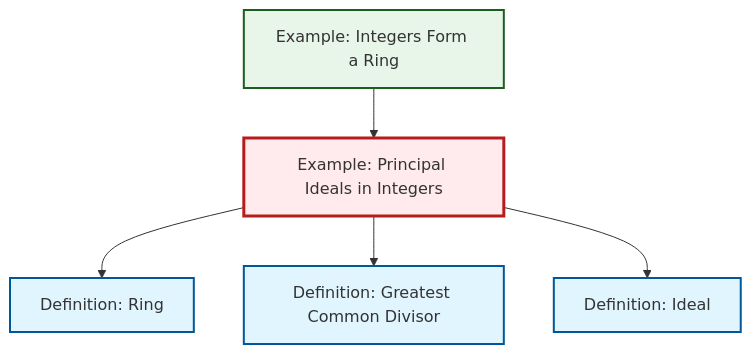
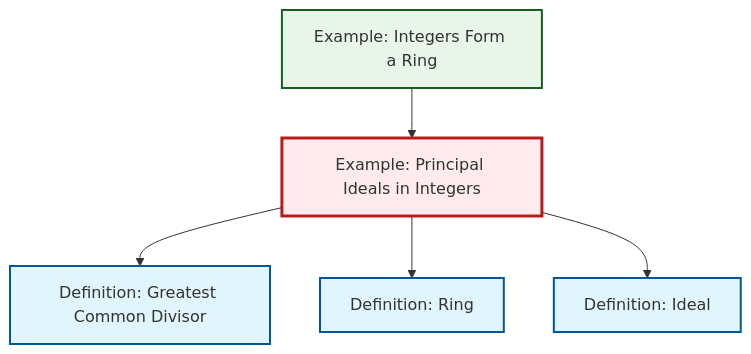
One commit to RK0429/ModernMath changed the diagram in content/ja/algebra/ex-principal-ideal.qmd. Above: the diagram before and after it, drawn with Mermaid. The commit also changed other lines of this file and 654 other files, not shown here.

````diff
--- a/content/ja/algebra/ex-principal-ideal.qmd
+++ b/content/ja/algebra/ex-principal-ideal.qmd
@@ -64,23 +64,23 @@
 ```{mermaid}
 %%| fig-cap: "Local dependency graph"
 graph TD
     classDef definition fill:#e1f5fe,stroke:#01579b,stroke-width:2px
     classDef theorem fill:#f3e5f5,stroke:#4a148c,stroke-width:2px
     classDef axiom fill:#fff3e0,stroke:#e65100,stroke-width:2px
     classDef example fill:#e8f5e9,stroke:#1b5e20,stroke-width:2px
     classDef current fill:#ffebee,stroke:#b71c1c,stroke-width:3px
     def-gcd["Definition: Greatest Common Divisor"]:::definition
     def-ring["Definition: Ring"]:::definition
+    def-ideal["Definition: Ideal"]:::definition
     ex-principal-ideal["Example: Principal Ideals in Integers"]:::example
     ex-integers-ring["Example: Integers Form a Ring"]:::example
-    def-ideal["Definition: Ideal"]:::definition
+    ex-principal-ideal --> def-gcd
+    ex-principal-ideal --> def-ring
+    ex-principal-ideal --> def-ideal
     ex-integers-ring --> ex-principal-ideal
-    ex-principal-ideal --> def-ring
-    ex-principal-ideal --> def-gcd
-    ex-principal-ideal --> def-ideal
     class ex-principal-ideal current
     click def-gcd "def-gcd.html" "Definition: Greatest Common Divisorへ"
     click def-ring "def-ring.html" "Definition: Ringへ"
+    click def-ideal "def-ideal.html" "Definition: Idealへ"
     click ex-integers-ring "ex-integers-ring.html" "Example: Integers Form a Ringへ"
-    click def-ideal "def-ideal.html" "Definition: Idealへ"
 ```
````
